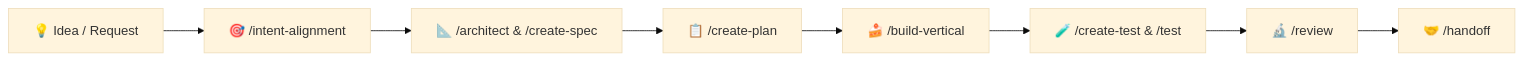
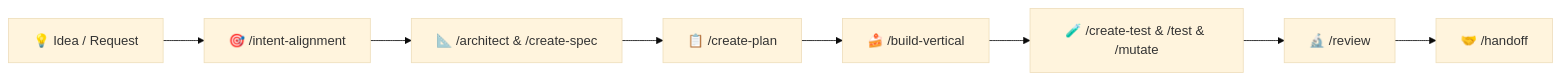
Before and after one commit to addy-47/ai-duct-tape: the diagram in README.md, drawn with Mermaid (base theme). The commit also changed other lines of this file and 12 other files, not shown here.

````diff
--- a/README.md
+++ b/README.md
@@ -33,10 +33,10 @@
 ```mermaid
 flowchart LR
     A[💡 Idea / Request] --> B[🎯 /intent-alignment]
     B --> C[📐 /architect & /create-spec]
     C --> D[📋 /create-plan]
     D --> E[🍰 /build-vertical]
-    E --> F[🧪 /create-test & /test]
+    E --> F[🧪 /create-test & /test & /mutate]
     F --> G[🔬 /review]
     G --> H[🤝 /handoff]
 ```
````
